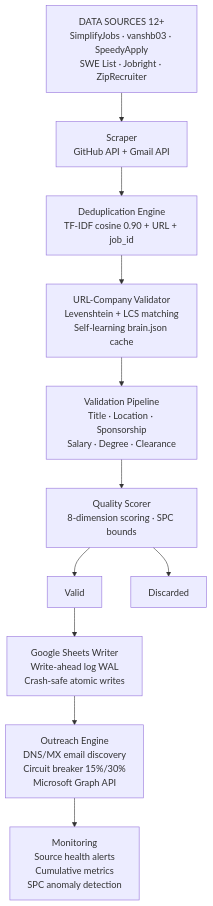
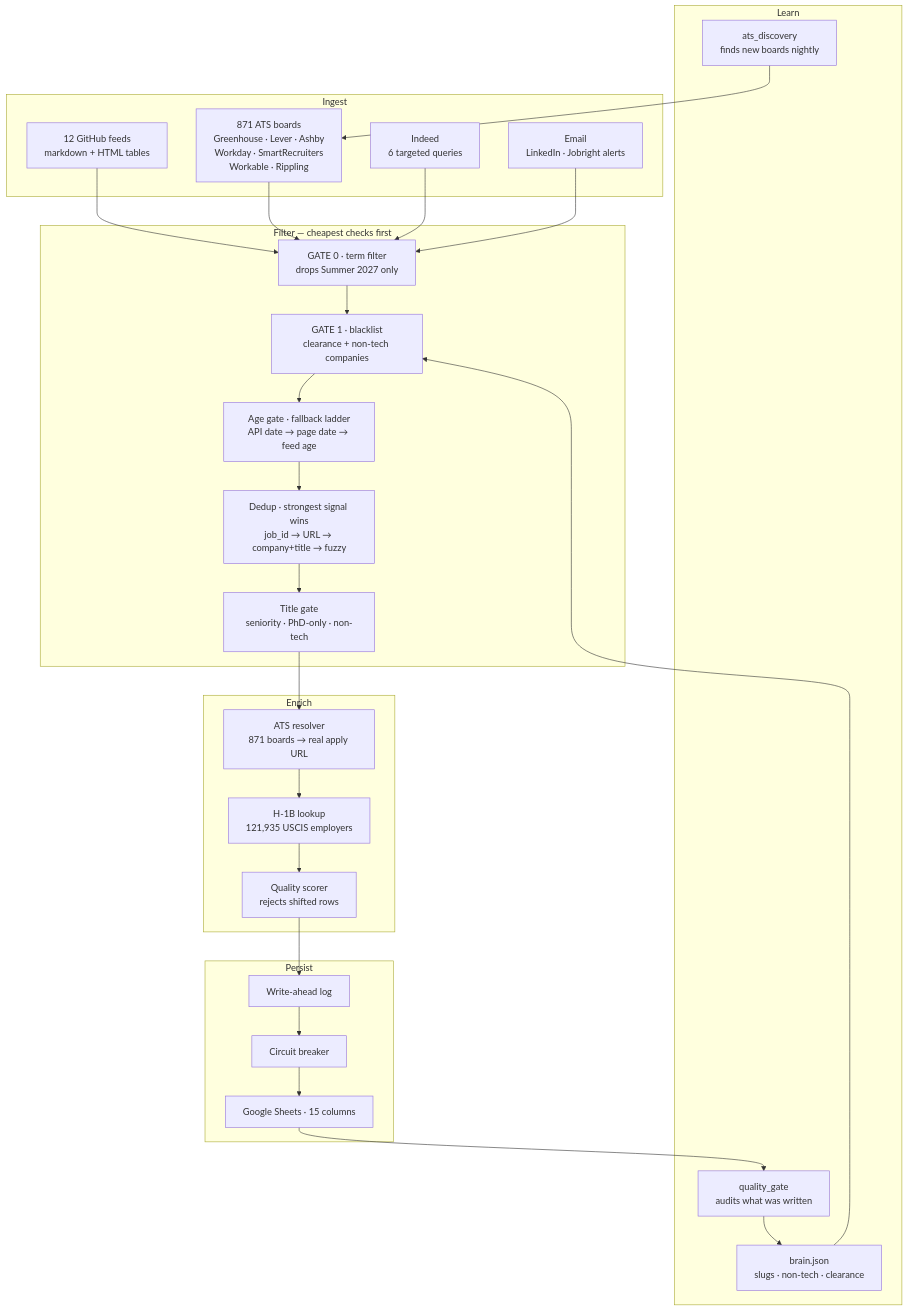
One commit to prasad0411/JobsScrapingAutomation changed the diagram in README.md. Above: the diagram before and after it, drawn with Mermaid. The commit also changed other lines of this file, not shown here.

First line of the commit message:
docs: rewrite README to match the current architecture

````diff
--- a/README.md
+++ b/README.md
@@ -15,30 +34,40 @@
 ```mermaid
 flowchart TD
-    A["DATA SOURCES 12+
-SimplifyJobs · vanshb03 · SpeedyApply
-SWE List · Jobright · ZipRecruiter"] --> B["Scraper
-GitHub API + Gmail API"]
-    B --> C["Deduplication Engine
-TF-IDF cosine 0.90 + URL + job_id"]
-    C --> D["URL-Company Validator
-Levenshtein + LCS matching
-Self-learning brain.json cache"]
-    D --> E["Validation Pipeline
-Title · Location · Sponsorship
-Salary · Degree · Clearance"]
-    E --> F["Quality Scorer
-8-dimension scoring · SPC bounds"]
-    F --> G["Valid"]
-    F --> H["Discarded"]
-    G --> I["Google Sheets Writer
-Write-ahead log WAL
-Crash-safe atomic writes"]
-    I --> J["Outreach Engine
-DNS/MX email discovery
-Circuit breaker 15%/30%
-Microsoft Graph API"]
-    J --> K["Monitoring
-Source health alerts
-Cumulative metrics
-SPC anomaly detection"]
+    subgraph INGEST["Ingest"]
+        A1["12 GitHub feeds<br/>markdown + HTML tables"]
+        A2["871 ATS boards<br/>Greenhouse · Lever · Ashby<br/>Workday · SmartRecruiters<br/>Workable · Rippling"]
+        A3["Indeed<br/>6 targeted queries"]
+        A4["Email<br/>LinkedIn · Jobright alerts"]
+    end
+
+    subgraph GATE["Filter — cheapest checks first"]
+        B1["GATE 0 · term filter<br/>drops Summer 2027 only"]
+        B2["GATE 1 · blacklist<br/>clearance + non-tech companies"]
+        B3["Age gate · fallback ladder<br/>API date → page date → feed age"]
+        B4["Dedup · strongest signal wins<br/>job_id → URL → company+title → fuzzy"]
+        B5["Title gate<br/>seniority · PhD-only · non-tech"]
+    end
+
+    subgraph ENRICH["Enrich"]
+        C1["ATS resolver<br/>871 boards → real apply URL"]
+        C2["H-1B lookup<br/>121,935 USCIS employers"]
+        C3["Quality scorer<br/>rejects shifted rows"]
+    end
+
+    subgraph WRITE["Persist"]
+        D1["Write-ahead log"]
+        D2["Circuit breaker"]
+        D3["Google Sheets · 15 columns"]
+    end
+
+    subgraph LEARN["Learn"]
+        E1["quality_gate<br/>audits what was written"]
+        E2["brain.json<br/>slugs · non-tech · clearance"]
+        E3["ats_discovery<br/>finds new boards nightly"]
+    end
+
+    A1 & A2 & A3 & A4 --> B1 --> B2 --> B3 --> B4 --> B5
+    B5 --> C1 --> C2 --> C3 --> D1 --> D2 --> D3
+    D3 --> E1 --> E2 --> B2
+    E3 --> A2
 ```
````
